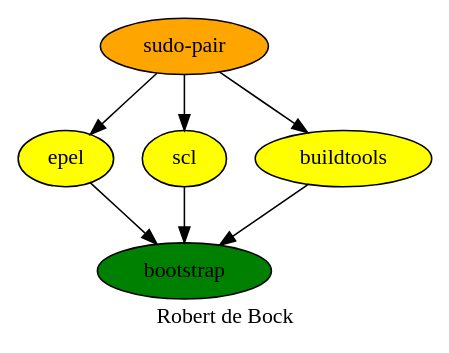
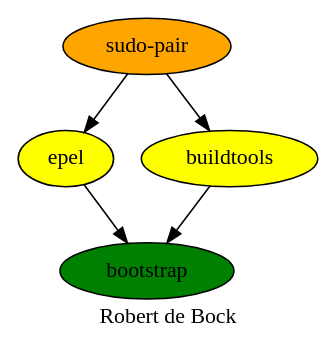
One commit to robertdebock/robertdebock.github.io changed the diagram in sudo-pair.dot. Above: the diagram before and after it, drawn with Graphviz. The commit also changed 1 other file, not shown here.

Commit message:
Remove SCL as dependency from sudo-pair

```diff
--- a/sudo-pair.dot
+++ b/sudo-pair.dot
@@ -1,13 +1,12 @@
 digraph PhiloDilemma {
   label = "Robert de Bock" ;
   overlap=false
   {
     bootstrap [fillcolor=green style=filled]
     epel [fillcolor=yellow style=filled]
-    scl [fillcolor=yellow style=filled]
     buildtools [fillcolor=yellow style=filled]
     "sudo-pair" [fillcolor=orange style=filled]
   }
-  {buildtools epel scl} -> bootstrap
-  "sudo-pair" -> {buildtools epel scl}
+  {buildtools epel} -> bootstrap
+  "sudo-pair" -> {buildtools epel}
 }
```
